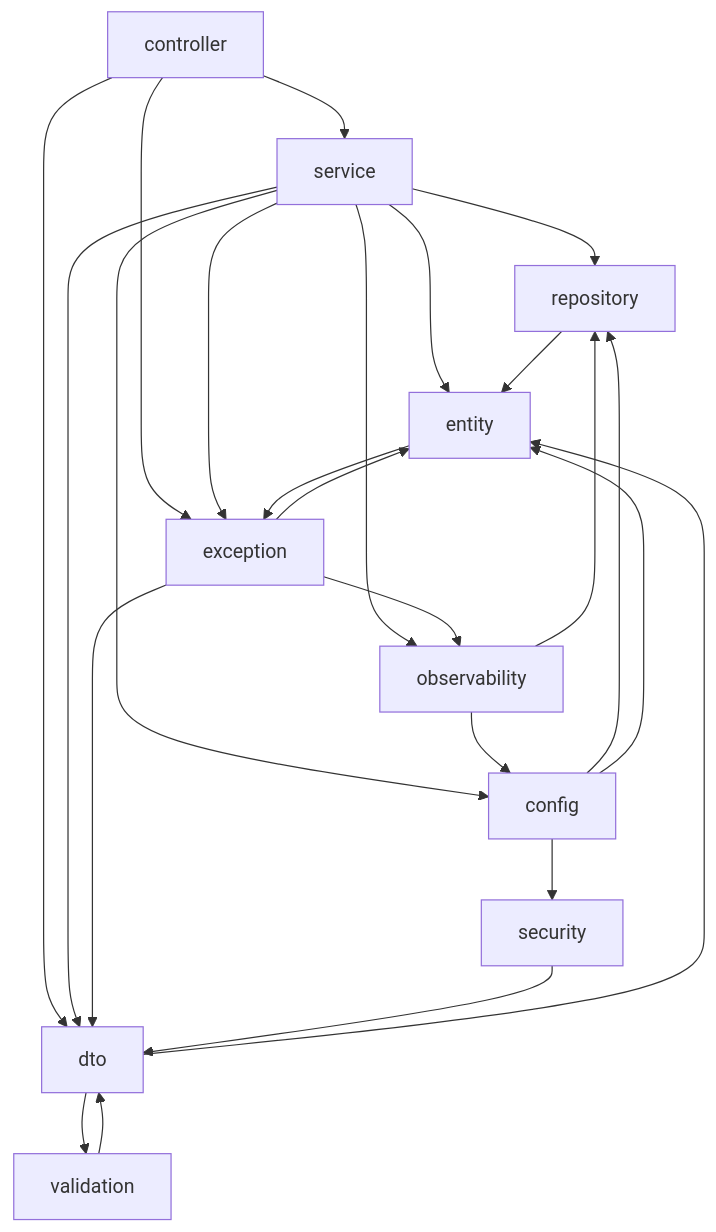
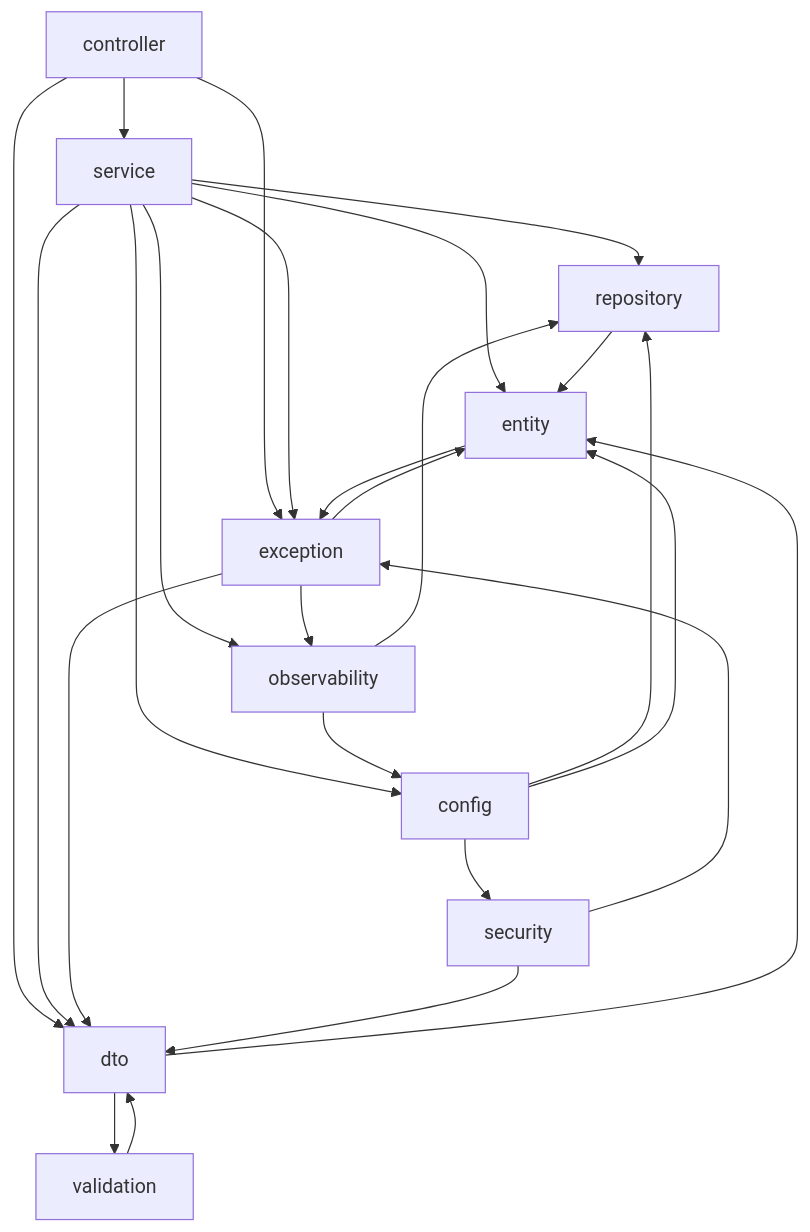
One commit to smit-lakhani-13/flight-ops-services changed the sixth of 7 diagrams in doc/ARCHITECTURE.md. Above: the diagram before and after it, drawn with Mermaid. The commit also changed other lines of this file and 16 other files, not shown here.

````diff
--- a/doc/ARCHITECTURE.md
+++ b/doc/ARCHITECTURE.md
@@ -591,26 +595,27 @@
 ```mermaid
 flowchart TD
     controller --> service
     controller --> dto
     controller --> exception
     service --> repository
     service --> entity
     service --> dto
     service --> exception
     service --> config
     service --> observability
     repository --> entity
     dto --> entity
     dto --> validation
     entity --> exception
     exception --> entity
     exception --> dto
     exception --> observability
     config --> repository
     config --> entity
     config --> security
     observability --> config
     observability --> repository
     security --> dto
+    security --> exception
     validation --> dto
 ```
````
